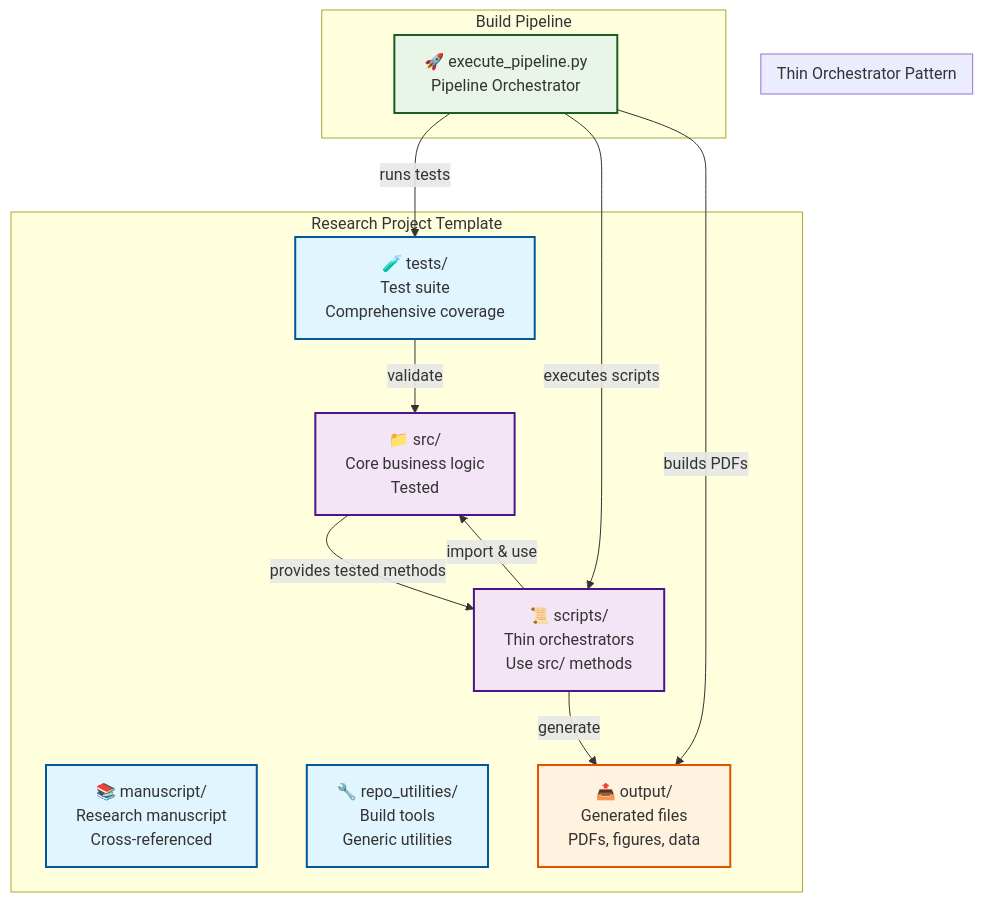
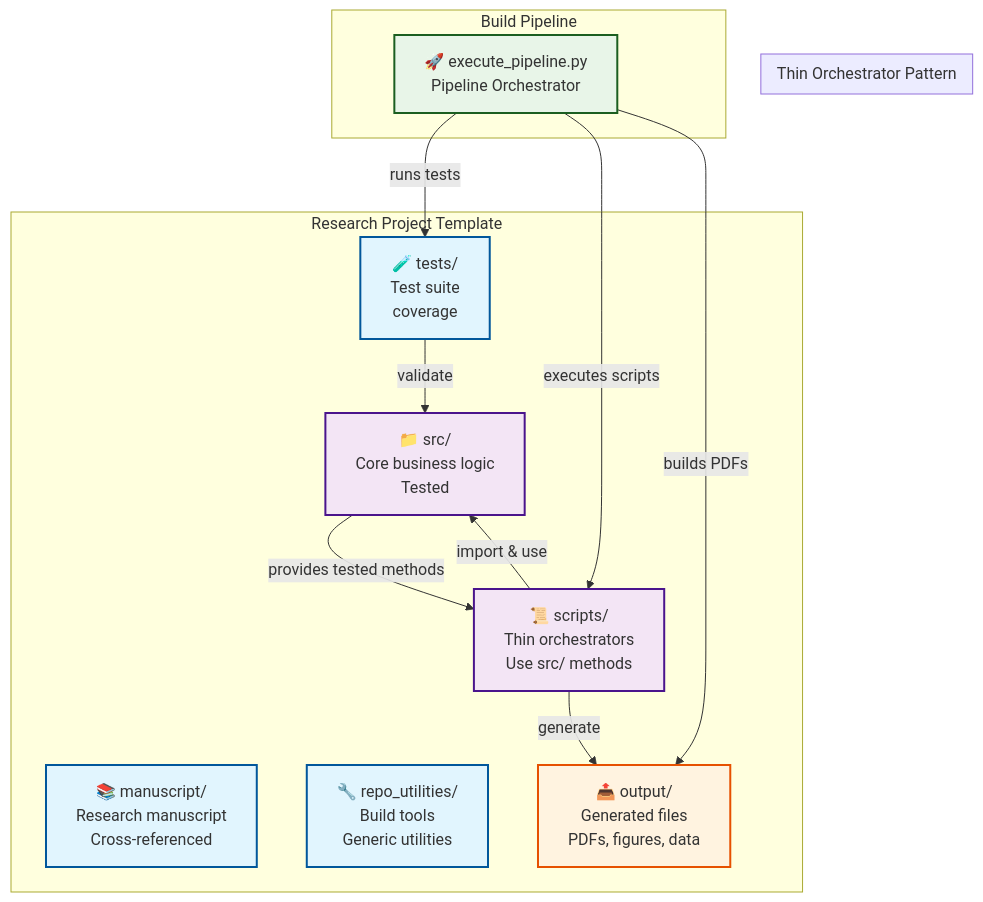
The first of 3 diagrams in docs/reference/COPYPASTA.md (docxology/template), drawn with Mermaid before and after one commit. The commit also changed other lines of this file and 1586 other files, not shown here.

````diff
--- a/docs/reference/COPYPASTA.md
+++ b/docs/reference/COPYPASTA.md
@@ -253,35 +253,35 @@
 ```mermaid
 graph TB
     subgraph "Research Project Template"
         SRC[📁 src/<br/>Core business logic<br/>Tested]
-        TESTS[🧪 tests/<br/>Test suite<br/>Comprehensive coverage]
+        TESTS[🧪 tests/<br/>Test suite<br/>coverage]
         SCRIPTS[📜 scripts/<br/>Thin orchestrators<br/>Use src/ methods]
         MANUSCRIPT[📚 manuscript/<br/>Research manuscript<br/>Cross-referenced]
         REPO_UTILS[🔧 repo_utilities/<br/>Build tools<br/>Generic utilities]
         OUTPUT[📤 output/<br/>Generated files<br/>PDFs, figures, data]
     end
     
     subgraph "Thin Orchestrator Pattern"
         SRC -->|"provides tested methods"| SCRIPTS
         SCRIPTS -->|"import & use"| SRC
         SCRIPTS -->|"generate"| OUTPUT
         TESTS -->|"validate"| SRC
     end
     
     subgraph "Build Pipeline"
         RENDER[🚀 execute_pipeline.py<br/>Pipeline Orchestrator]
         RENDER -->|"runs tests"| TESTS
         RENDER -->|"executes scripts"| SCRIPTS
         RENDER -->|"builds PDFs"| OUTPUT
     end
     
     classDef core fill:#e1f5fe,stroke:#01579b,stroke-width:2px
     classDef pattern fill:#f3e5f5,stroke:#4a148c,stroke-width:2px
     classDef pipeline fill:#e8f5e8,stroke:#1b5e20,stroke-width:2px
     classDef output fill:#fff3e0,stroke:#e65100,stroke-width:2px
     
     class SRC,TESTS,SCRIPTS,MANUSCRIPT,REPO_UTILS core
     class SRC,SCRIPTS pattern
     class RENDER pipeline
     class OUTPUT output
 ```
````
